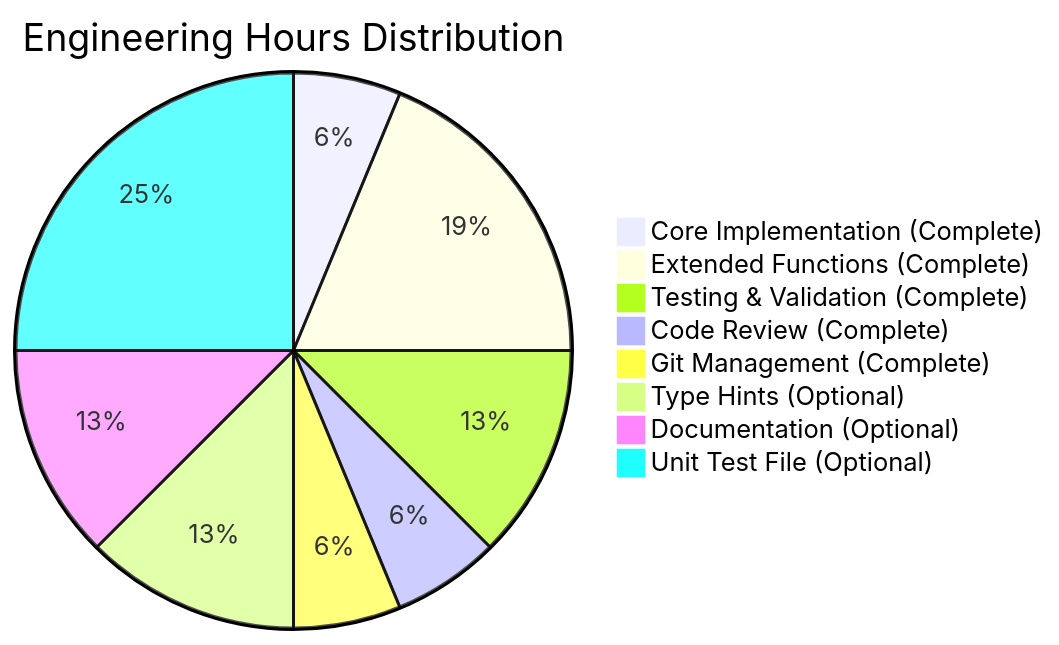
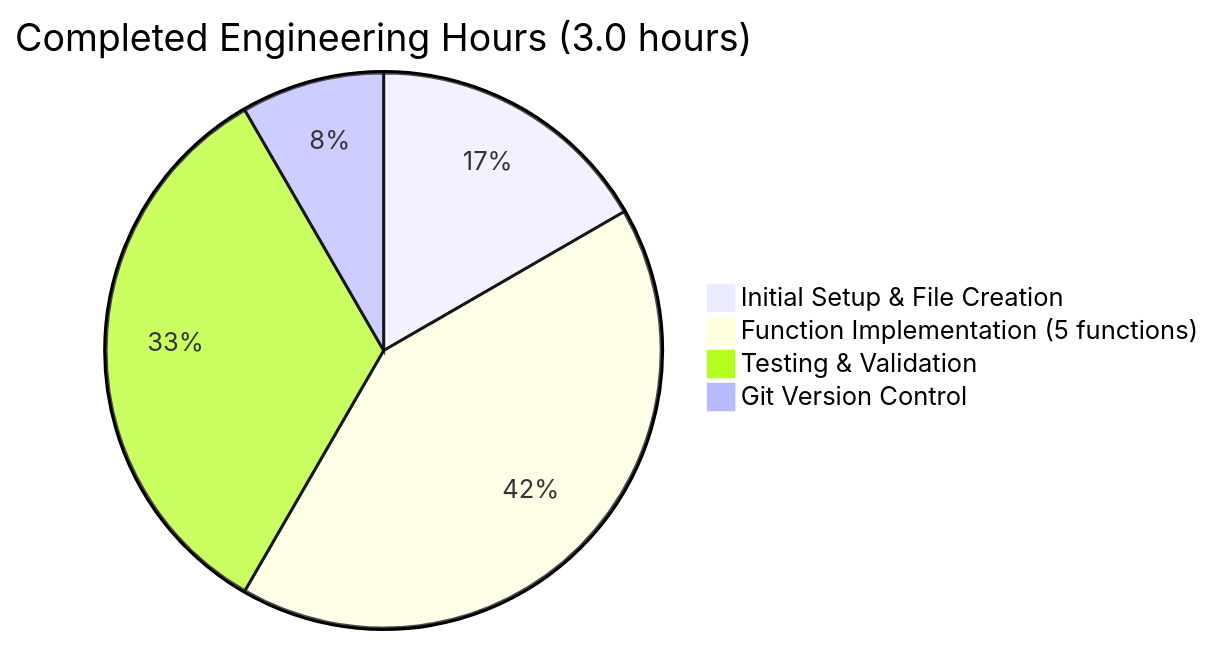
The first of 2 diagrams in blitzy/documentation/Project Guide.md (prasad-blitzy/quick-repo-3), drawn with Mermaid before and after one commit. The commit also changed other lines of this file, not shown here.

````diff
--- a/blitzy/documentation/Project Guide.md
+++ b/blitzy/documentation/Project Guide.md
@@ -214,11 +247,7 @@
 ```mermaid
-pie title Engineering Hours Distribution
-    "Core Implementation (Complete)" : 0.25
-    "Extended Functions (Complete)" : 0.75
-    "Testing & Validation (Complete)" : 0.5
-    "Code Review (Complete)" : 0.25
-    "Git Management (Complete)" : 0.25
-    "Type Hints (Optional)" : 0.5
-    "Documentation (Optional)" : 0.5
-    "Unit Test File (Optional)" : 1.0
+pie title Completed Engineering Hours (3.0 hours)
+    "Initial Setup & File Creation" : 0.5
+    "Function Implementation (5 functions)" : 1.25
+    "Testing & Validation" : 1.0
+    "Git Version Control" : 0.25
 ```
````
